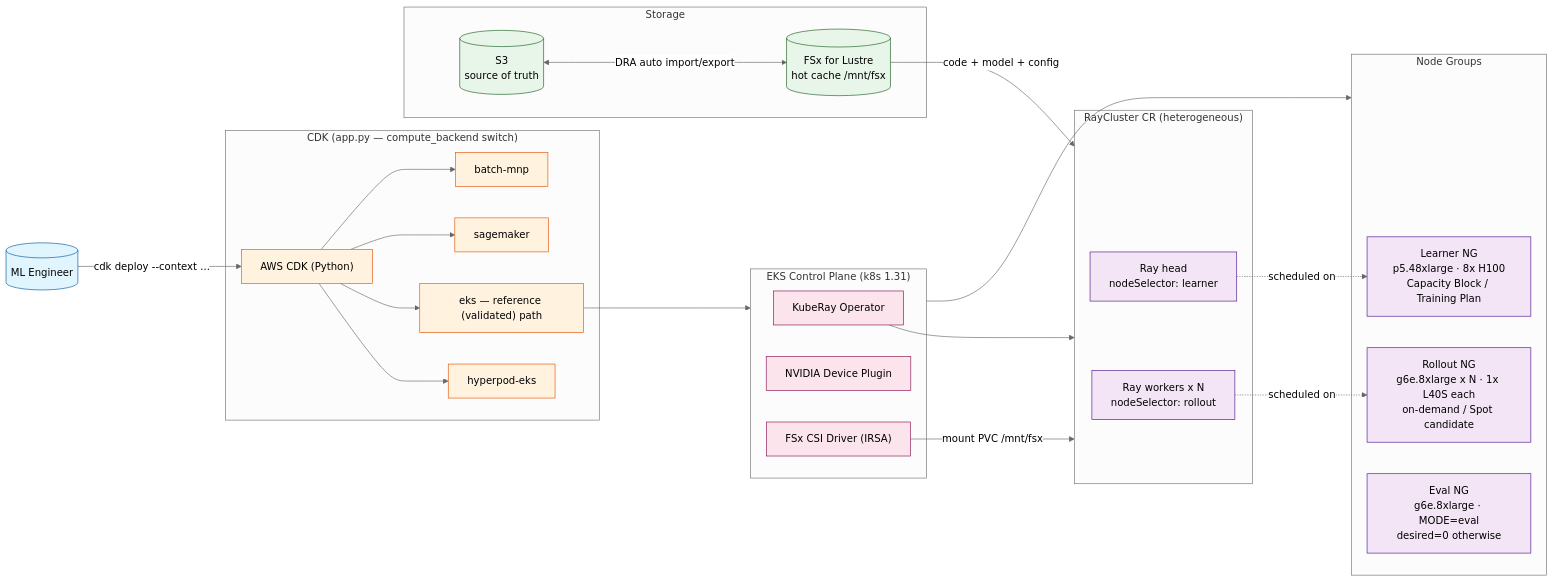
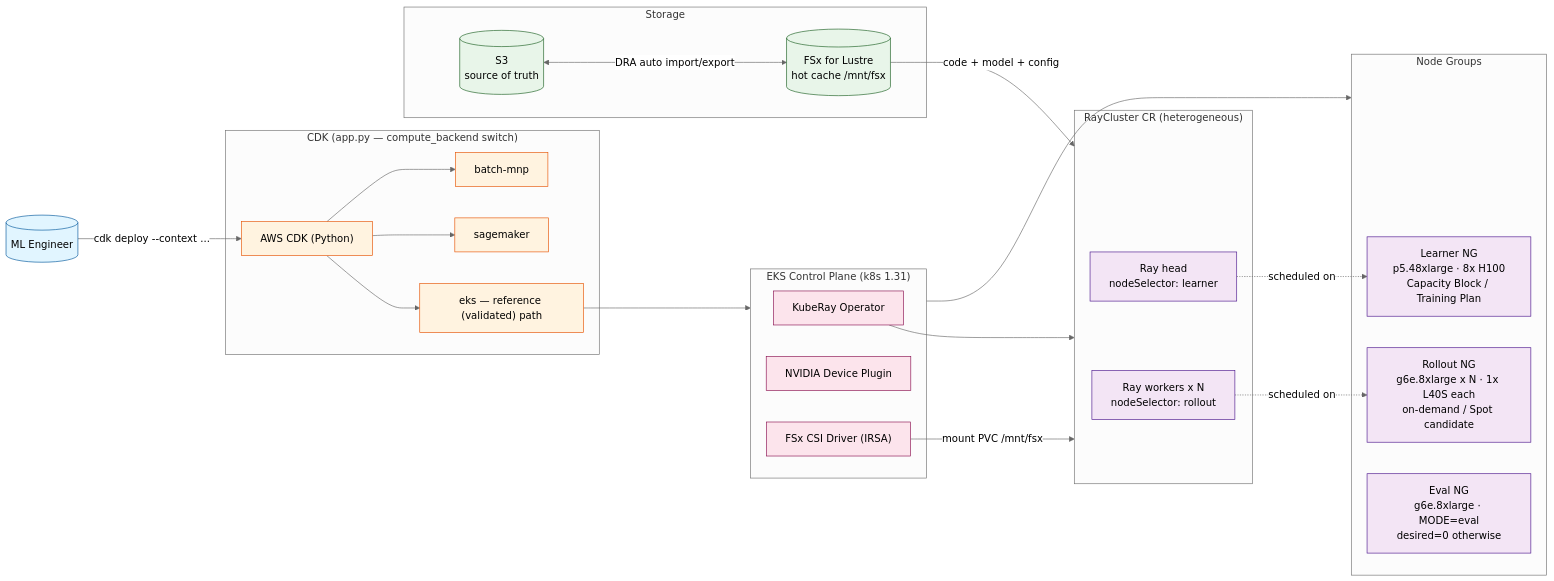
Before and after one commit to aws-samples/sample-embodied-ai-platform: the first of 4 diagrams in training/gr00t/rl/ARCHITECTURE.md, drawn with Mermaid (neutral theme). The commit also changed other lines of this file and 4 other files, not shown here.

````diff
--- a/training/gr00t/rl/ARCHITECTURE.md
+++ b/training/gr00t/rl/ARCHITECTURE.md
@@ -13,49 +13,48 @@
 ```mermaid
 flowchart LR
     Operator[("ML Engineer")]
     subgraph CDKLayer["CDK (app.py — compute_backend switch)"]
         CDK["AWS CDK (Python)"]
         B1["batch-mnp"]
         B2["sagemaker"]
         B3["eks — reference (validated) path"]
-        B4["hyperpod-eks"]
     end
     subgraph EKSCtl["EKS Control Plane (k8s 1.31)"]
         KubeRay["KubeRay Operator"]
         NVDP["NVIDIA Device Plugin"]
         FSxCSI["FSx CSI Driver (IRSA)"]
     end
     subgraph Nodes["Node Groups"]
         Learner["Learner NG<br/>p5.48xlarge · 8x H100<br/>Capacity Block / Training Plan"]
         Rollout["Rollout NG<br/>g6e.8xlarge x N · 1x L40S each<br/>on-demand / Spot candidate"]
         EvalNG["Eval NG<br/>g6e.8xlarge · MODE=eval<br/>desired=0 otherwise"]
     end
     subgraph RayC["RayCluster CR (heterogeneous)"]
         Head["Ray head<br/>nodeSelector: learner"]
         Workers["Ray workers x N<br/>nodeSelector: rollout"]
     end
     subgraph Storage["Storage"]
         S3[("S3<br/>source of truth")]
         FSx[("FSx for Lustre<br/>hot cache /mnt/fsx")]
     end
     Operator -->|"cdk deploy --context ..."| CDK
-    CDK --> B1 & B2 & B3 & B4
+    CDK --> B1 & B2 & B3
     B3 --> EKSCtl
     EKSCtl --> Nodes
     KubeRay --> RayC
     Head -.scheduled on.-> Learner
     Workers -.scheduled on.-> Rollout
     S3 <-->|"DRA auto import/export"| FSx
     FSxCSI -->|"mount PVC /mnt/fsx"| RayC
     FSx -->|"code + model + config"| RayC
     classDef op fill:#e1f5ff,stroke:#01579b
     classDef cdk fill:#fff3e0,stroke:#e65100
     classDef compute fill:#f3e5f5,stroke:#4a148c
     classDef storage fill:#e8f5e9,stroke:#1b5e20
     classDef ctl fill:#fce4ec,stroke:#880e4f
     class Operator op
-    class CDK,B1,B2,B3,B4 cdk
+    class CDK,B1,B2,B3 cdk
     class Learner,Rollout,EvalNG,Head,Workers compute
     class S3,FSx storage
     class KubeRay,NVDP,FSxCSI ctl
 ```
````
